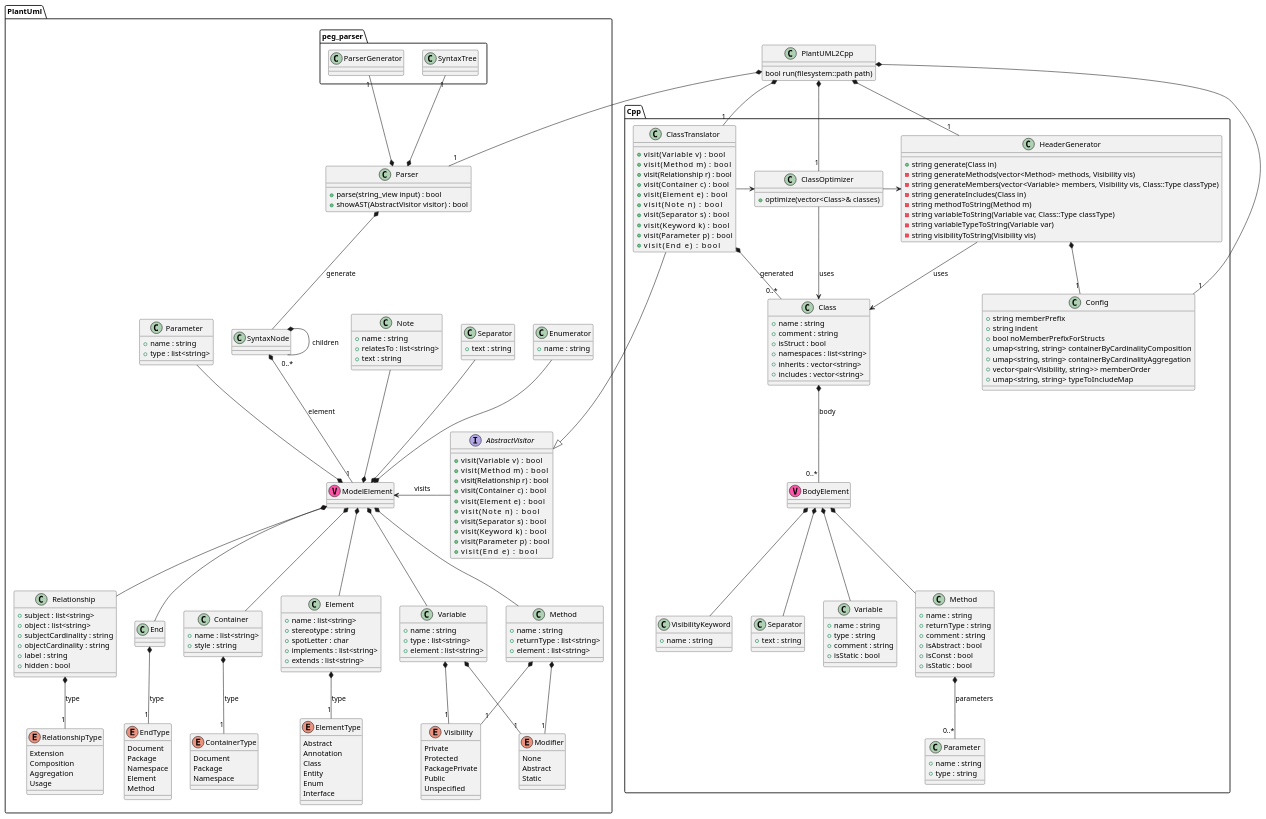
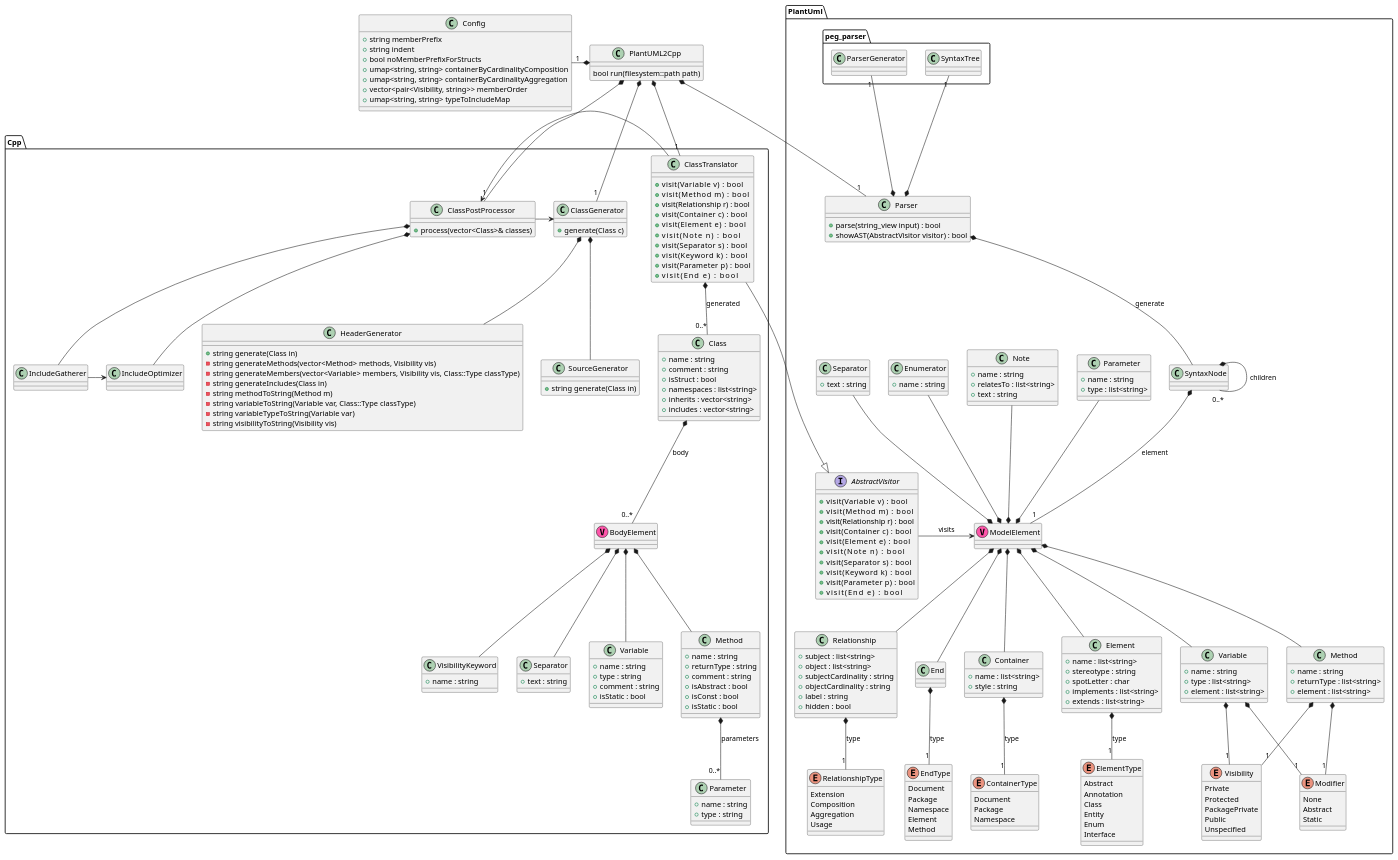
Before and after one commit to jteuber/PlantUML2Cpp: the diagram in models/PlantUML2Cpp.puml, drawn with PlantUML. The commit also changed 10 other files, not shown here.

```diff
--- a/models/PlantUML2Cpp.puml
+++ b/models/PlantUML2Cpp.puml
@@ -5,14 +5,23 @@
 
 class PlantUML2Cpp {
     bool run(filesystem::path path)
-    
+}
+
+class Config {
+    +string memberPrefix
+    +string indent
+    +bool noMemberPrefixForStructs
+    +umap<string, string> containerByCardinalityComposition
+    +umap<string, string> containerByCardinalityAggregation
+    +vector<pair<Visibility, string>> memberOrder
+    +umap<string, string> typeToIncludeMap
 }
 
 PlantUML2Cpp *-- "1" PlantUml.Parser
 PlantUML2Cpp *-- "1" Cpp.ClassTranslator
-PlantUML2Cpp *-- "1" Cpp.ClassOptimizer
-PlantUML2Cpp *-- "1" Cpp.HeaderGenerator
-PlantUML2Cpp *-- "1" Cpp.Config
+PlantUML2Cpp *-- "1" Cpp.ClassPostProcessor
+PlantUML2Cpp *-- "1" Cpp.ClassGenerator
+PlantUML2Cpp *-left- "1" Config
 
 namespace PlantUml {
 
@@ -156,7 +165,7 @@
     Parser *-up- "1" peg_parser.ParserGenerator
 }
 
-' TODO: go for Translator -> PostProcessor -> Optimizer -> CodeGenerator
+' TODO: go for Translator -> PostProcessor -> CodeGenerator
 
 namespace Cpp {
 
@@ -174,8 +183,19 @@
     }
     ClassTranslator --|> PlantUml.AbstractVisitor
 
-    class ClassOptimizer {
-        +optimize(vector<Class>& classes)
+    class ClassPostProcessor {
+        +process(vector<Class>& classes)
+    }
+
+    class IncludeGatherer
+    class IncludeOptimizer
+
+    ClassPostProcessor *-- IncludeGatherer
+    ClassPostProcessor *-- IncludeOptimizer
+    IncludeOptimizer <- IncludeGatherer
+
+    class ClassGenerator {
+        +generate(Class c)
     }
 
     class HeaderGenerator {
@@ -189,15 +209,12 @@
         -string visibilityToString(Visibility vis)
     }
 
-    class Config {
-        +string memberPrefix
-        +string indent
-        +bool noMemberPrefixForStructs
-        +umap<string, string> containerByCardinalityComposition
-        +umap<string, string> containerByCardinalityAggregation
-        +vector<pair<Visibility, string>> memberOrder
-        +umap<string, string> typeToIncludeMap
+    class SourceGenerator {
+        +string generate(Class in)
     }
+
+    ClassGenerator *-- HeaderGenerator
+    ClassGenerator *-- SourceGenerator
 
     class Class {
         +name : string
@@ -243,8 +260,8 @@
     ' }
 
     
-    ClassOptimizer <- ClassTranslator
-    HeaderGenerator <- ClassOptimizer
+    ClassPostProcessor <- ClassTranslator
+    ClassGenerator <- ClassPostProcessor
 
     Class *-- "0..*" BodyElement : body
     BodyElement *-- Method
@@ -256,9 +273,6 @@
     ' Enum *-- Keyword
 
     ClassTranslator *-- "0..*" Class : generated
-    HeaderGenerator --> Class : uses
-    ClassOptimizer --> Class : uses
-    HeaderGenerator *-- "1" Config
 }
 
 @enduml
```
